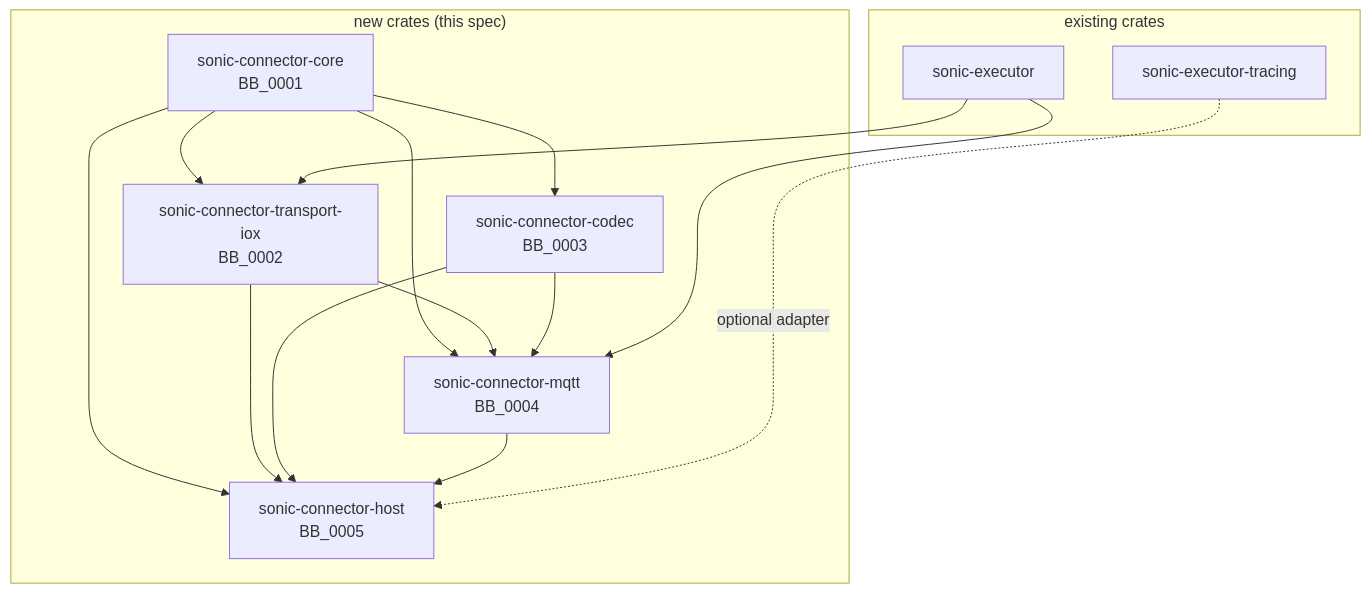
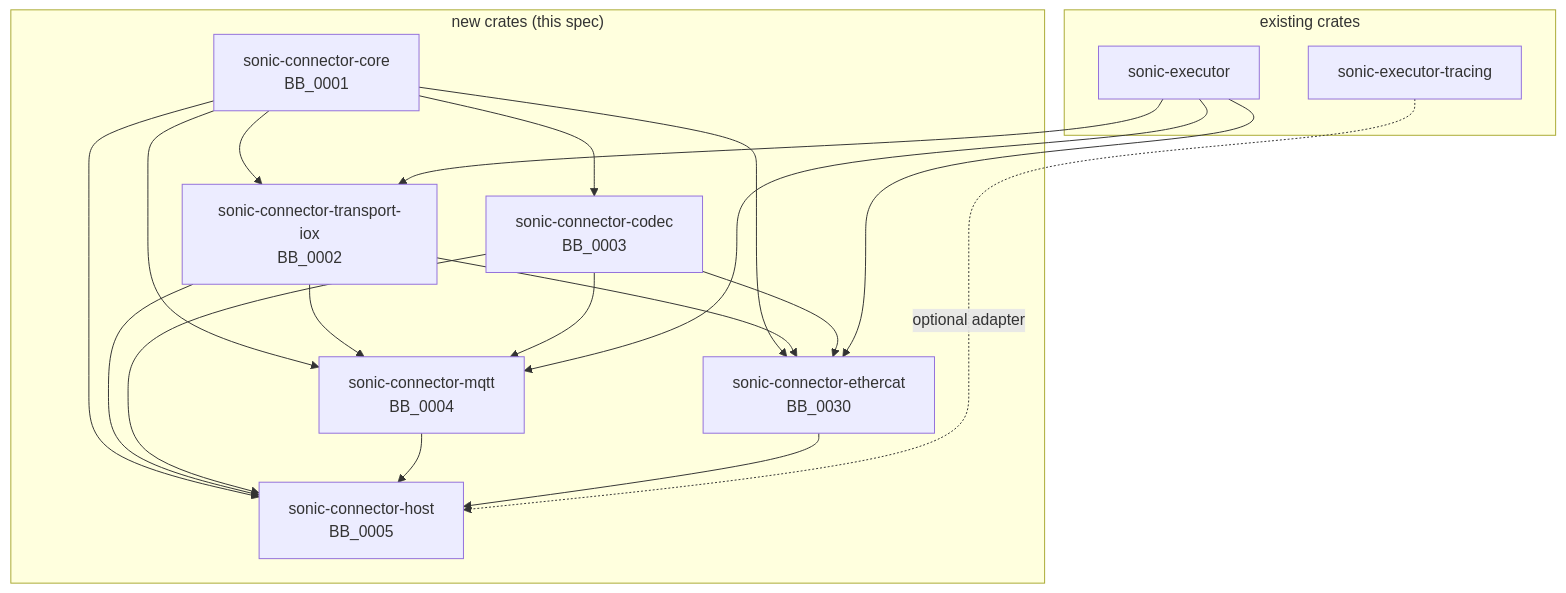
The second of 12 diagrams in spec/architecture/connector.rst (patdhlk/sonic), drawn with Mermaid before and after one commit. The commit also changed other lines of this file and 2 other files, not shown here.

```diff
--- a/spec/architecture/connector.rst
+++ b/spec/architecture/connector.rst
@@ -426,26 +544,32 @@
    .. mermaid::
 
       flowchart TB
         subgraph existing_crates[existing crates]
           EX[sonic-executor]
           TR[sonic-executor-tracing]
         end
         subgraph new_crates["new crates (this spec)"]
           CO[sonic-connector-core<br/>BB_0001]
           TX[sonic-connector-transport-iox<br/>BB_0002]
           CD[sonic-connector-codec<br/>BB_0003]
           MQ[sonic-connector-mqtt<br/>BB_0004]
+          EC[sonic-connector-ethercat<br/>BB_0030]
           HO[sonic-connector-host<br/>BB_0005]
         end
         CO --> TX
         CO --> CD
         CO --> MQ
+        CO --> EC
         TX --> MQ
+        TX --> EC
         CD --> MQ
+        CD --> EC
         EX --> TX
         EX --> MQ
+        EX --> EC
         CO --> HO
         TX --> HO
         CD --> HO
         MQ --> HO
+        EC --> HO
         TR -.optional adapter.-> HO
```
